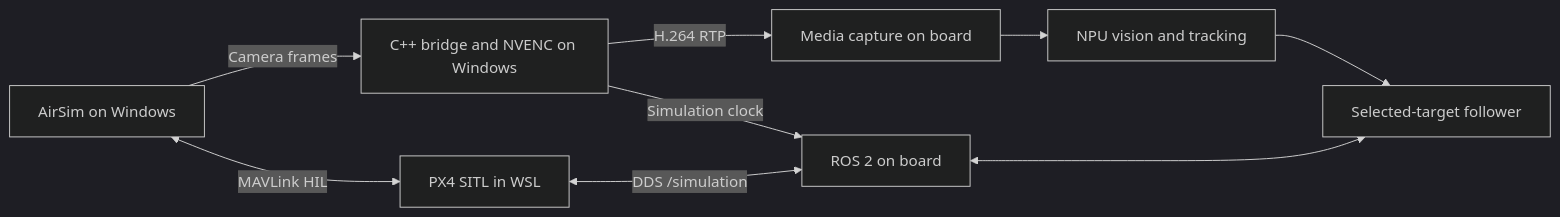
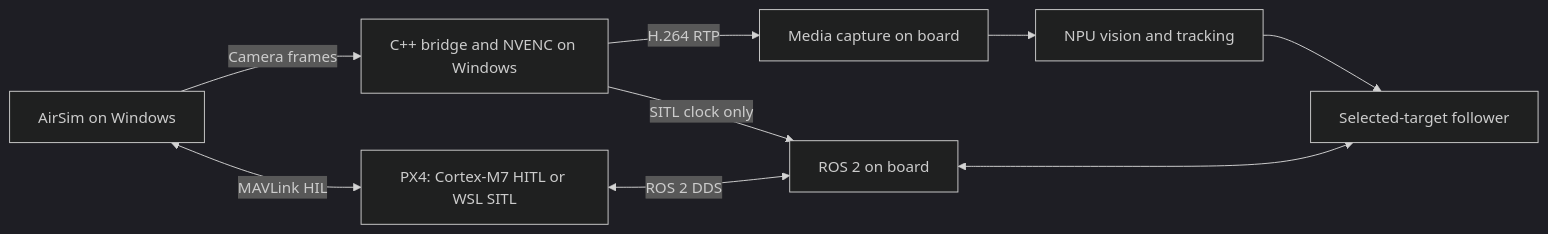
One commit to Swamy-BV/raven-simulation changed the diagram in README.md. Above: the diagram before and after it, drawn with Mermaid (dark theme). The commit also changed other lines of this file and 14 other files, not shown here.

````diff
--- a/README.md
+++ b/README.md
@@ -5,11 +5,11 @@
 ```mermaid
 flowchart LR
-    AirSim[AirSim on Windows] <-->|MAVLink HIL| PX4[PX4 SITL in WSL]
+    AirSim[AirSim on Windows] <-->|MAVLink HIL| PX4[PX4: Cortex-M7 HITL or WSL SITL]
     AirSim -->|Camera frames| Bridge[C++ bridge and NVENC on Windows]
     Bridge -->|H.264 RTP| Media[Media capture on board]
-    Bridge -->|Simulation clock| ROS[ROS 2 on board]
+    Bridge -->|SITL clock only| ROS[ROS 2 on board]
     Media --> Vision[NPU vision and tracking]
     Vision --> Follower[Selected-target follower]
-    PX4 <-->|DDS /simulation| ROS
+    PX4 <-->|ROS 2 DDS| ROS
     ROS <--> Follower
 ```
````
